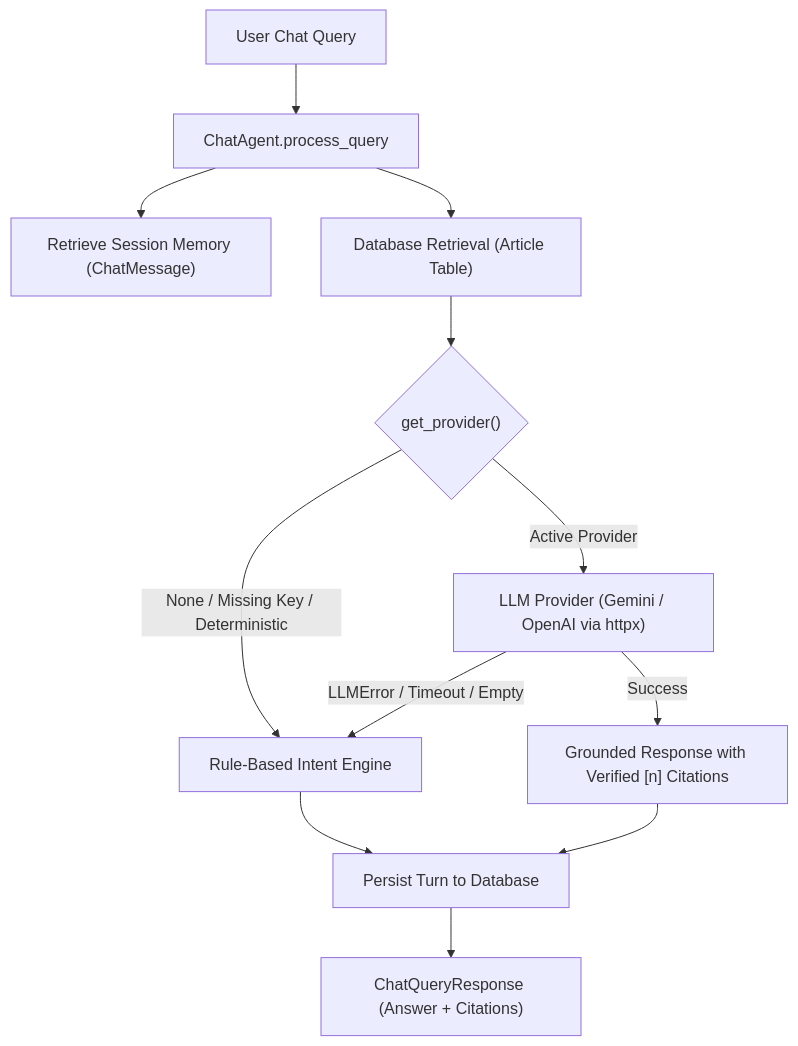
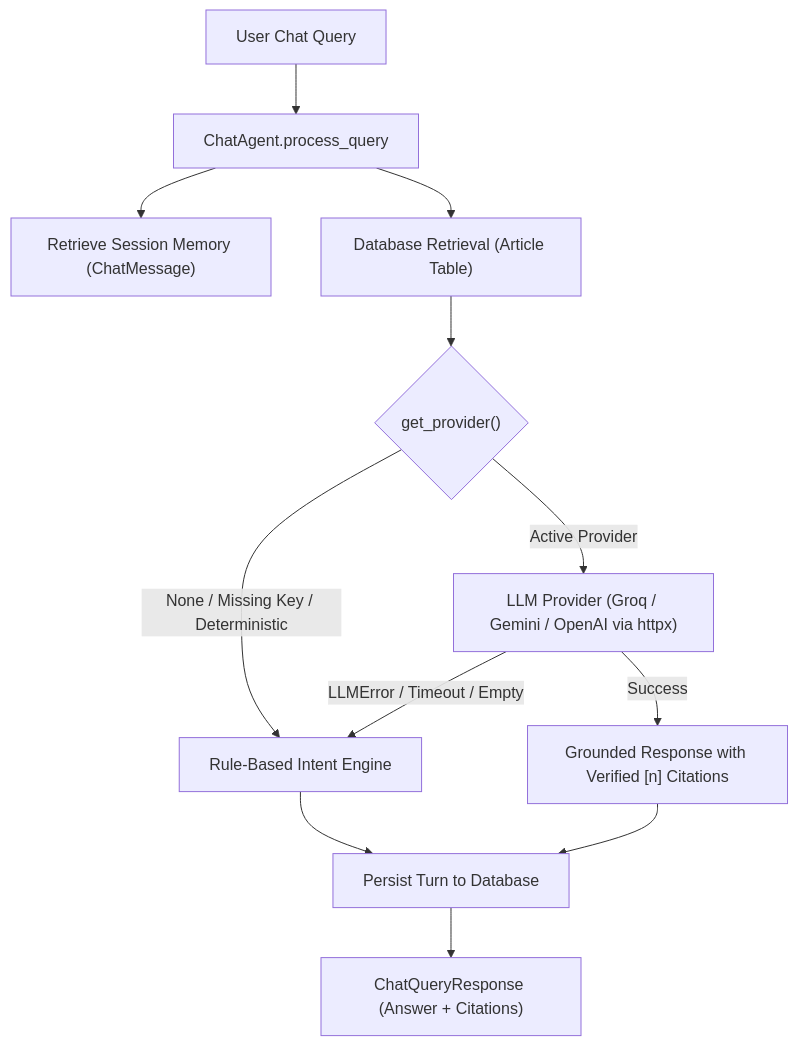
Before and after one commit to Akshita-Singh-tech/EmVest: the fourth of 4 diagrams in docs/architecture.md, drawn with Mermaid. The commit also changed other lines of this file and 12 other files, not shown here.

Commit message:
feat(llm): add Groq as third LLM provider with auto-fallback precedence

````diff
--- a/docs/architecture.md
+++ b/docs/architecture.md
@@ -188,14 +188,14 @@
 ```mermaid
 flowchart TD
     UserQuery["User Chat Query"] --> Agent["ChatAgent.process_query"]
     Agent --> Memory["Retrieve Session Memory (ChatMessage)"]
     Agent --> Retrieval["Database Retrieval (Article Table)"]
     Retrieval --> Factory{"get_provider()"}
     Factory -->|None / Missing Key / Deterministic| Fallback["Rule-Based Intent Engine"]
-    Factory -->|Active Provider| LLM["LLM Provider (Gemini / OpenAI via httpx)"]
+    Factory -->|Active Provider| LLM["LLM Provider (Groq / Gemini / OpenAI via httpx)"]
     LLM -->|LLMError / Timeout / Empty| Fallback
     LLM -->|Success| Grounded["Grounded Response with Verified [n] Citations"]
     Fallback --> DBWrite["Persist Turn to Database"]
     Grounded --> DBWrite
     DBWrite --> Client["ChatQueryResponse (Answer + Citations)"]
 ```
````
